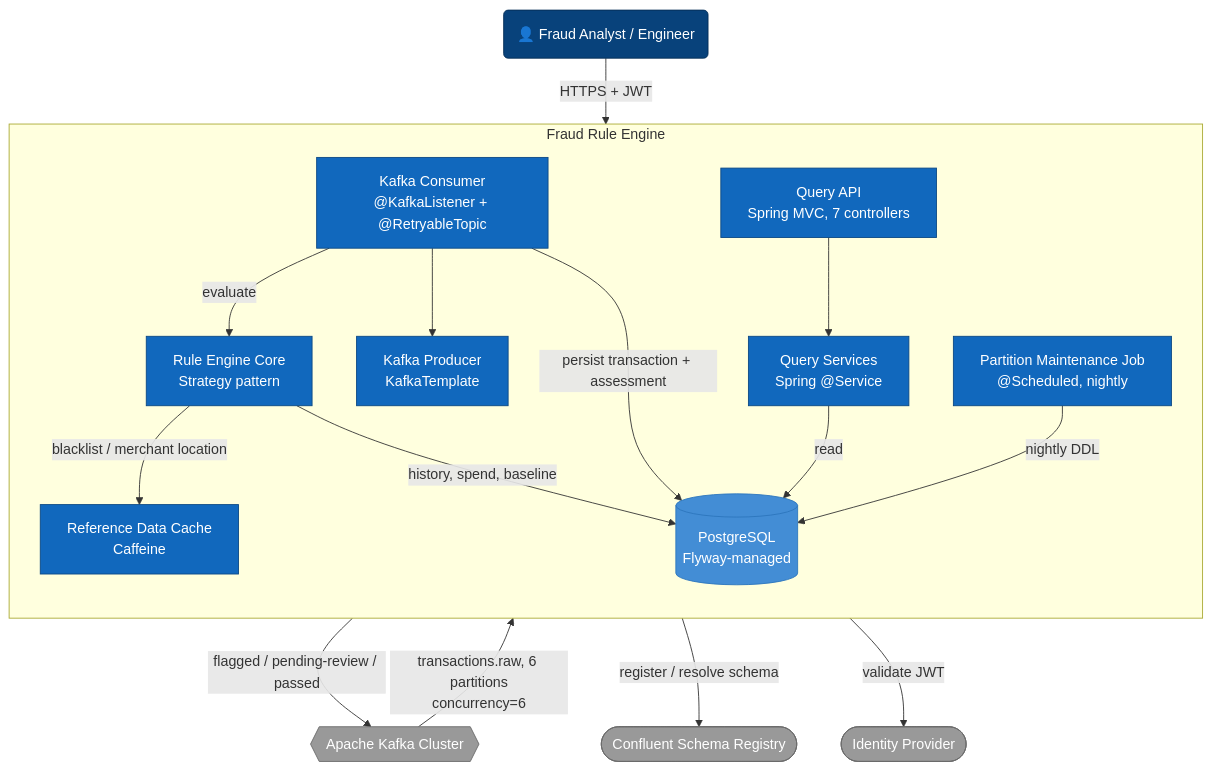
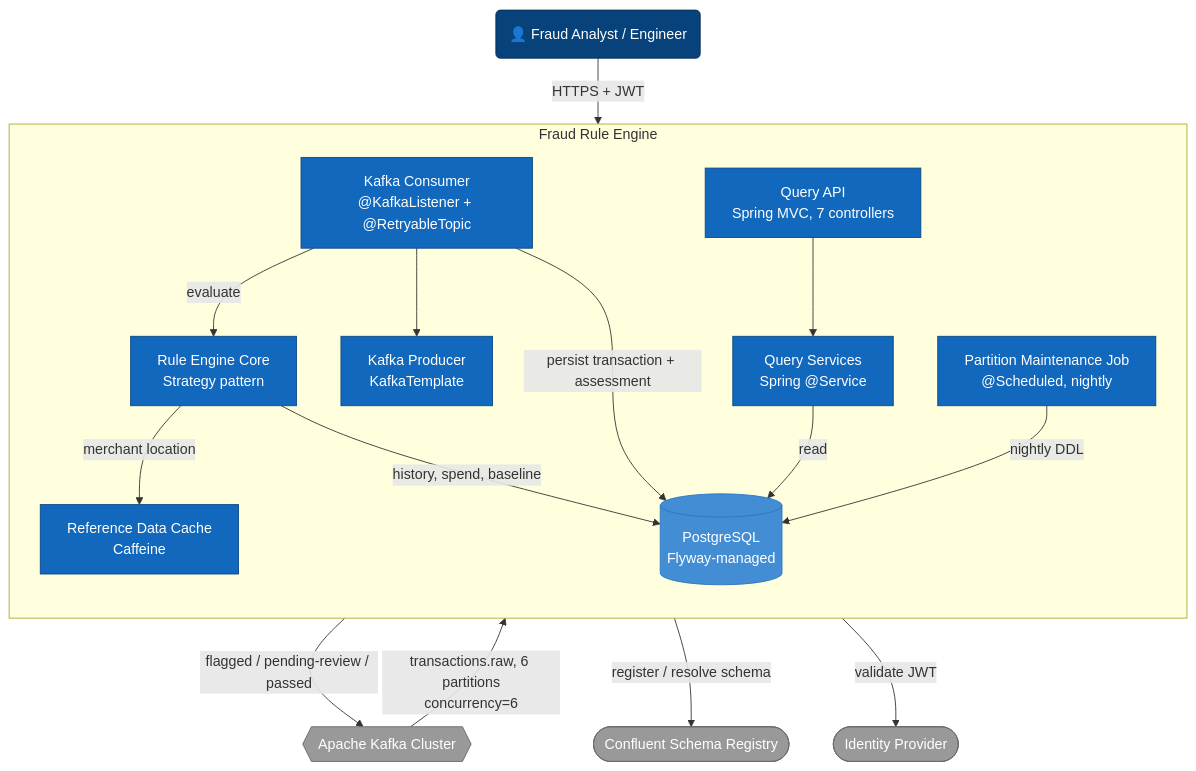
The diagram in docs/architecture/02-container.md (mubiD/fraud-engine), drawn with Mermaid before and after one commit. The commit also changed 64 other files, not shown here.

````diff
--- a/docs/architecture/02-container.md
+++ b/docs/architecture/02-container.md
@@ -7,44 +7,44 @@
 ```mermaid
 flowchart TB
   analyst("👤 Fraud Analyst / Engineer")
 
   subgraph boundary["Fraud Rule Engine"]
     direction TB
     queryApi["Query API<br/>Spring MVC, 7 controllers"]
     queryServices["Query Services<br/>Spring @Service"]
     consumer["Kafka Consumer<br/>@KafkaListener + @RetryableTopic"]
     ruleEngineCore["Rule Engine Core<br/>Strategy pattern"]
     cache["Reference Data Cache<br/>Caffeine"]
     producer["Kafka Producer<br/>KafkaTemplate"]
     partitionJob["Partition Maintenance Job<br/>@Scheduled, nightly"]
     db[("PostgreSQL<br/>Flyway-managed")]
   end
 
   kafkaExt{{"Apache Kafka Cluster"}}
   idpExt(["Identity Provider"])
   schemaRegistryExt(["Confluent Schema Registry"])
 
   kafkaExt -->|"transactions.raw, 6 partitions<br/>concurrency=6"| consumer
   consumer -->|evaluate| ruleEngineCore
-  ruleEngineCore -->|"blacklist / merchant location"| cache
+  ruleEngineCore -->|"merchant location"| cache
   ruleEngineCore -->|"history, spend, baseline"| db
   consumer -->|"persist transaction + assessment"| db
   consumer --> producer
   producer -->|"flagged / pending-review / passed"| kafkaExt
   producer -->|"register / resolve schema"| schemaRegistryExt
   queryApi --> queryServices
   queryServices -->|read| db
   analyst -->|"HTTPS + JWT"| queryApi
   queryApi -->|validate JWT| idpExt
   partitionJob -->|nightly DDL| db
 
   classDef person fill:#08427b,color:#fff,stroke:#052e56
   classDef container fill:#1168bd,color:#fff,stroke:#0b4884
   classDef external fill:#999999,color:#fff,stroke:#6b6b6b
   classDef db fill:#438dd5,color:#fff,stroke:#2d76bd
 
   class analyst person
   class queryApi,queryServices,consumer,ruleEngineCore,cache,producer,partitionJob container
   class kafkaExt,idpExt,schemaRegistryExt external
   class db db
 ```
````
